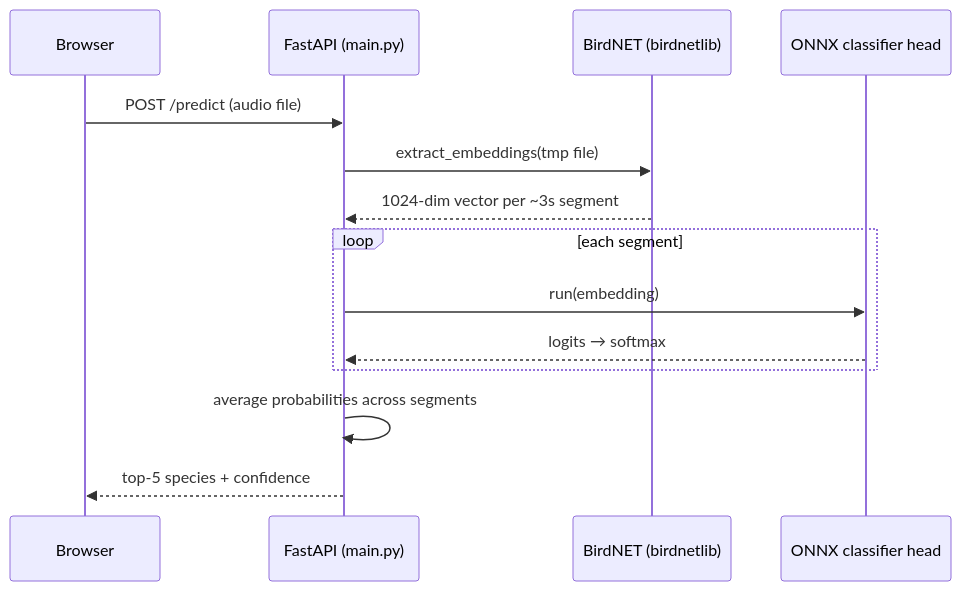
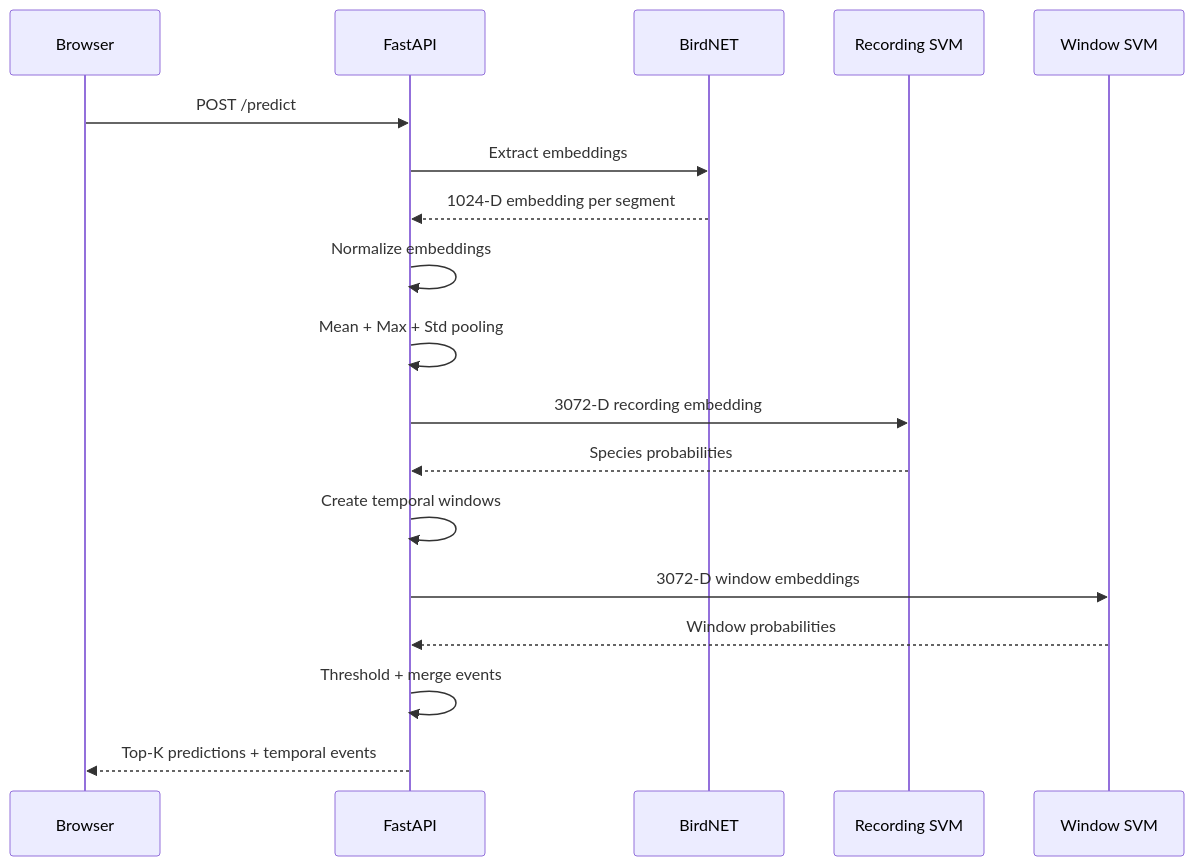
One commit to Greatmax-07/Bird-Detection-using-Audio changed the third of 3 diagrams in README.md. Above: the diagram before and after it, drawn with Mermaid. The commit also changed other lines of this file and 37 other files, not shown here.

Commit message:
Major Update: dual classifier architecture using SVM

````diff
--- a/README.md
+++ b/README.md
@@ -72,17 +348,27 @@
 ```mermaid
 sequenceDiagram
+
     participant U as Browser
-    participant S as FastAPI (main.py)
-    participant B as BirdNET (birdnetlib)
-    participant O as ONNX classifier head
+    participant S as FastAPI
+    participant B as BirdNET
+    participant R as Recording SVM
+    participant W as Window SVM
 
-    U->>S: POST /predict (audio file)
-    S->>B: extract_embeddings(tmp file)
-    B-->>S: 1024-dim vector per ~3s segment
-    loop each segment
-        S->>O: run(embedding)
-        O-->>S: logits → softmax
-    end
-    S->>S: average probabilities across segments
-    S-->>U: top-5 species + confidence
+    U->>S: POST /predict
+    S->>B: Extract embeddings
+    B-->>S: 1024-D embedding per segment
+
+    S->>S: Normalize embeddings
+
+    S->>S: Mean + Max + Std pooling
+    S->>R: 3072-D recording embedding
+    R-->>S: Species probabilities
+
+    S->>S: Create temporal windows
+    S->>W: 3072-D window embeddings
+    W-->>S: Window probabilities
+
+    S->>S: Threshold + merge events
+
+    S-->>U: Top-K predictions + temporal events
 ```
````
